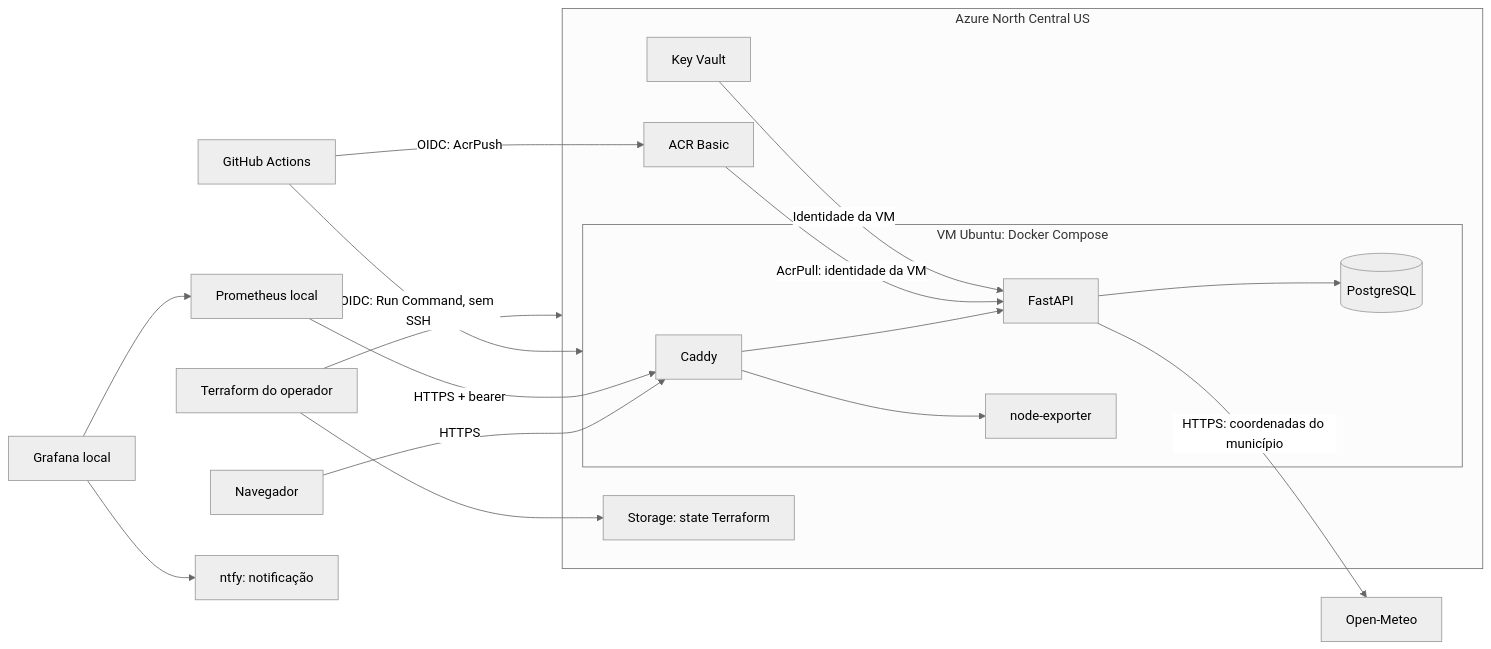
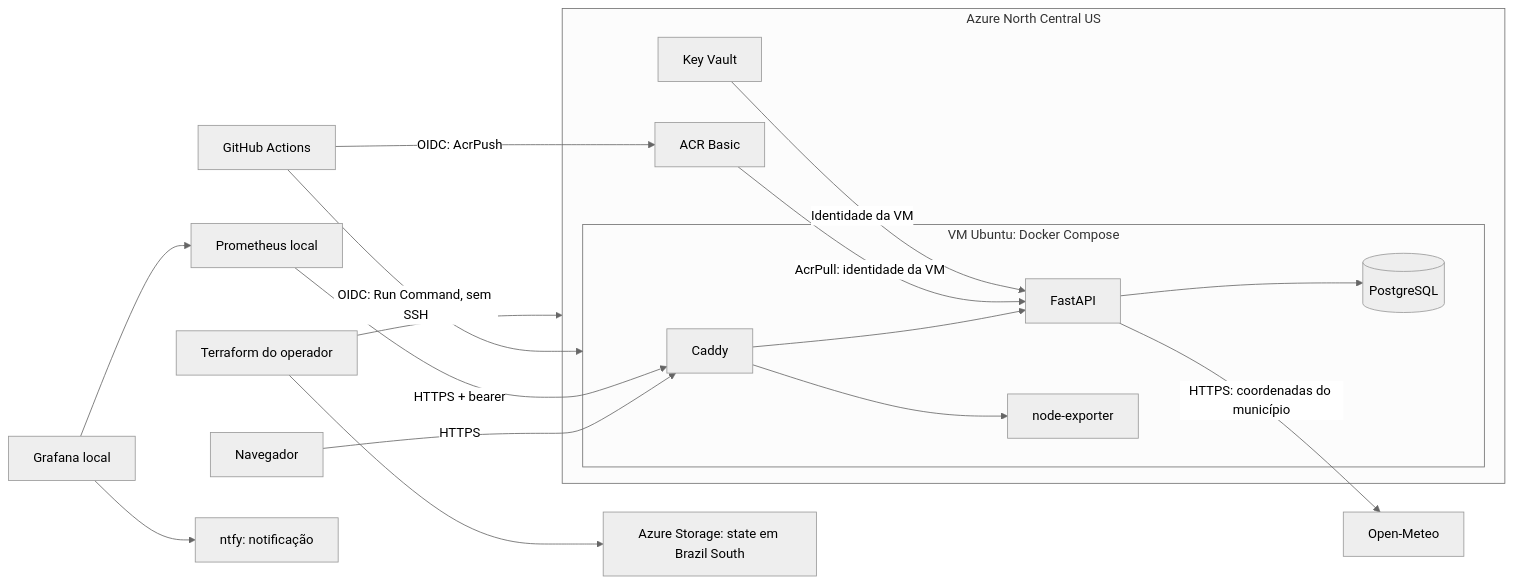
One commit to gciziks/gs-cloud-2026-2 changed the diagram in README.md. Above: the diagram before and after it, drawn with Mermaid (neutral theme). The commit also changed 9 other files, not shown here.

````diff
--- a/README.md
+++ b/README.md
@@ -42,22 +42,22 @@
 ```mermaid
 flowchart LR
   navegador[Navegador] -->|HTTPS| caddy[Caddy]
   subgraph azure[Azure North Central US]
     subgraph vm[VM Ubuntu: Docker Compose]
       caddy --> app[FastAPI]
       app --> db[(PostgreSQL)]
       caddy --> node[node-exporter]
     end
     acr[ACR Basic] -->|AcrPull: identidade da VM| app
     kv[Key Vault] -->|Identidade da VM| app
-    state[Storage: state Terraform]
   end
+  state[Azure Storage: state em Brazil South]
   app -->|HTTPS: coordenadas do município| meteo[Open-Meteo]
   github[GitHub Actions] -->|OIDC: AcrPush| acr
   github -->|OIDC: Run Command, sem SSH| vm
   terraform[Terraform do operador] --> azure
   terraform --> state
   prometheus[Prometheus local] -->|HTTPS + bearer| caddy
   grafana[Grafana local] --> prometheus
   grafana --> ntfy[ntfy: notificação]
 ```
````
